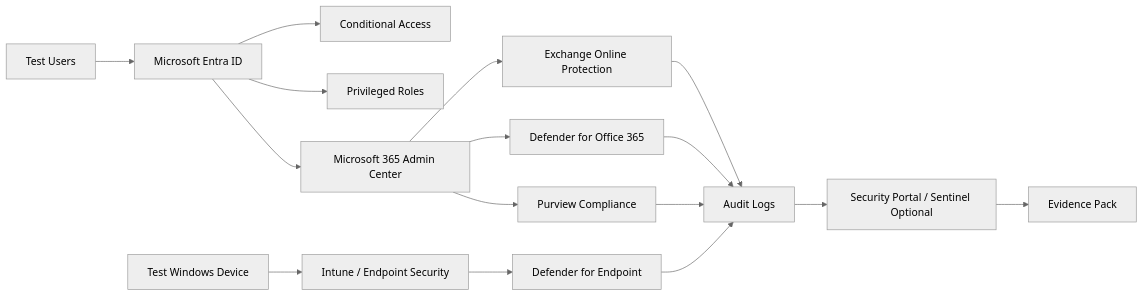
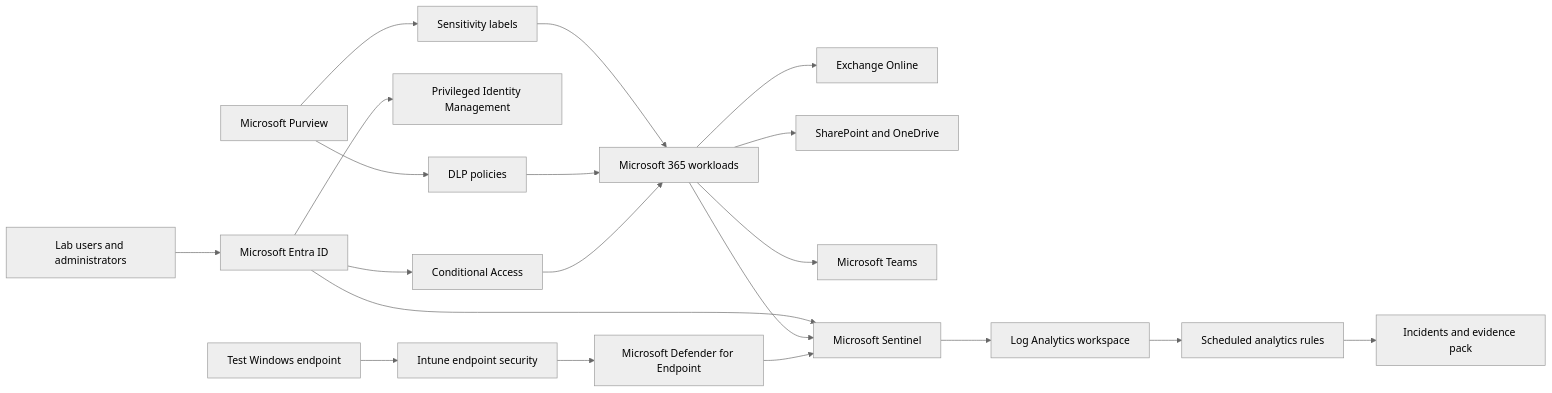
One commit to sharRahul/m365-security-hardening-lab changed the diagram in docs/lab-architecture.md. Above: the diagram before and after it, drawn with Mermaid (neutral theme). The commit also changed other lines of this file, not shown here.

Commit message:
Update lab architecture Mermaid diagram

````diff
--- a/docs/lab-architecture.md
+++ b/docs/lab-architecture.md
@@ -17,18 +17,24 @@
 ```mermaid
 flowchart LR
-    A[Test Users] --> B[Microsoft Entra ID]
-    B --> C[Conditional Access]
-    B --> D[Privileged Roles]
-    B --> E[Microsoft 365 Admin Center]
-    E --> F[Exchange Online Protection]
-    E --> G[Defender for Office 365]
-    E --> H[Purview Compliance]
-    I[Test Windows Device] --> J[Intune / Endpoint Security]
-    J --> K[Defender for Endpoint]
-    F --> L[Audit Logs]
-    G --> L
-    H --> L
-    K --> L
-    L --> M[Security Portal / Sentinel Optional]
-    M --> N[Evidence Pack]
+    Users[Lab users and administrators] --> Entra[Microsoft Entra ID]
+    Entra --> CA[Conditional Access]
+    Entra --> PIM[Privileged Identity Management]
+    CA --> Workloads[Microsoft 365 workloads]
+    Workloads --> Exchange[Exchange Online]
+    Workloads --> SharePoint[SharePoint and OneDrive]
+    Workloads --> Teams[Microsoft Teams]
+
+    Purview[Microsoft Purview] --> DLP[DLP policies]
+    Purview --> Labels[Sensitivity labels]
+    DLP --> Workloads
+    Labels --> Workloads
+
+    Device[Test Windows endpoint] --> Intune[Intune endpoint security]
+    Intune --> MDE[Microsoft Defender for Endpoint]
+    MDE --> Sentinel[Microsoft Sentinel]
+    Workloads --> Sentinel
+    Entra --> Sentinel
+    Sentinel --> LogAnalytics[Log Analytics workspace]
+    LogAnalytics --> Analytics[Scheduled analytics rules]
+    Analytics --> Incidents[Incidents and evidence pack]
 ```
````
